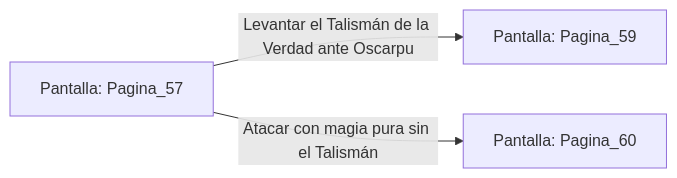
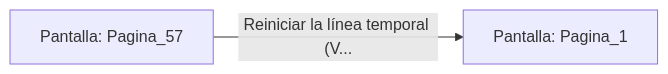
The diagram in sample/eligejuego-vault/Pantalla_Pagina_57.md (metsuke/mpl), drawn with Mermaid before and after one commit. The commit also changed other lines of this file and 635 other files, not shown here.

First line of the commit message:
fix: añadir Pagina_1 como pantalla inicial en capitulo_01.mpl

````diff
--- a/sample/eligejuego-vault/Pantalla_Pagina_57.md
+++ b/sample/eligejuego-vault/Pantalla_Pagina_57.md
@@ -17,6 +17,5 @@
 ```mermaid
 graph LR
     P_Pagina_57["Pantalla: Pagina_57"]
-    P_Pagina_57 -->|"Levantar el Talismán de la Verdad ante Oscarpu"| P_Pagina_59["Pantalla: Pagina_59"]
-    P_Pagina_57 -->|"Atacar con magia pura sin el Talismán"| P_Pagina_60["Pantalla: Pagina_60"]
+    P_Pagina_57 -->|"Reiniciar la línea temporal (V..."| P_Pagina_1["Pantalla: Pagina_1"]
 ```
````
